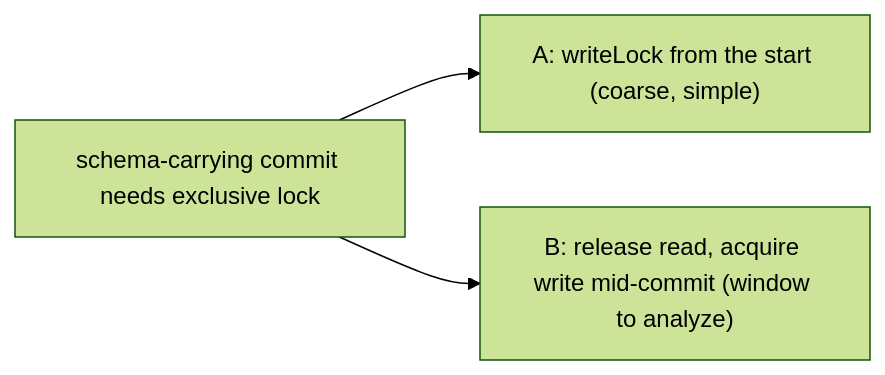
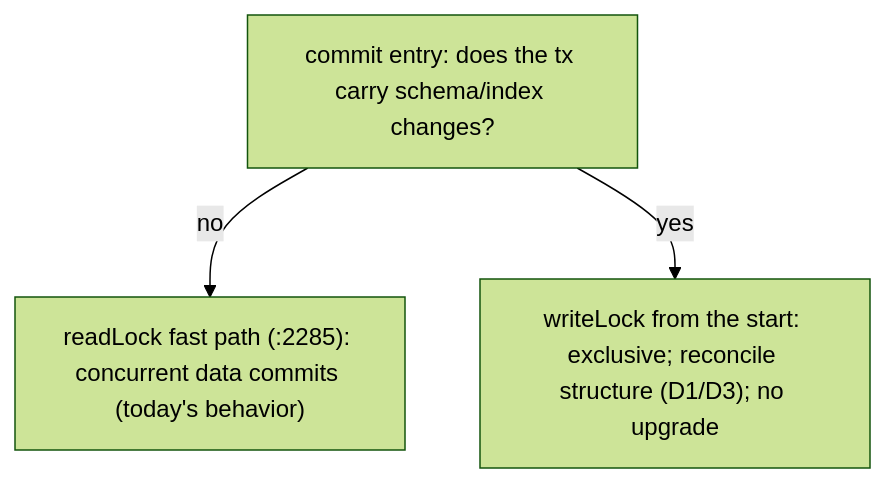
Before and after one commit to JetBrains/youtrackdb: diagram 16 of 16 in docs/adr/transactional-schema/_workflow/decision-log.md, drawn with Mermaid (forest theme). The commit also changed other lines of this file, not shown here.

Commit message:
Resolve adversarial findings: D19 (lock branch), fix D1/D3/D6/D7/D15/F31

````diff
--- a/docs/adr/transactional-schema/_workflow/decision-log.md
+++ b/docs/adr/transactional-schema/_workflow/decision-log.md
@@ -1074,5 +1100,6 @@
 ```mermaid
-flowchart LR
-  Q12["schema-carrying commit needs exclusive lock"] --> OA["A: writeLock from the start (coarse, simple)"]
-  Q12 --> OB["B: release read, acquire write mid-commit (window to analyze)"]
+flowchart TD
+  CE["commit entry: does the tx carry schema/index changes?"]
+  CE -- no --> RD["readLock fast path (:2285): concurrent data commits (today's behavior)"]
+  CE -- yes --> WR["writeLock from the start: exclusive; reconcile structure (D1/D3); no upgrade"]
 ```
````
